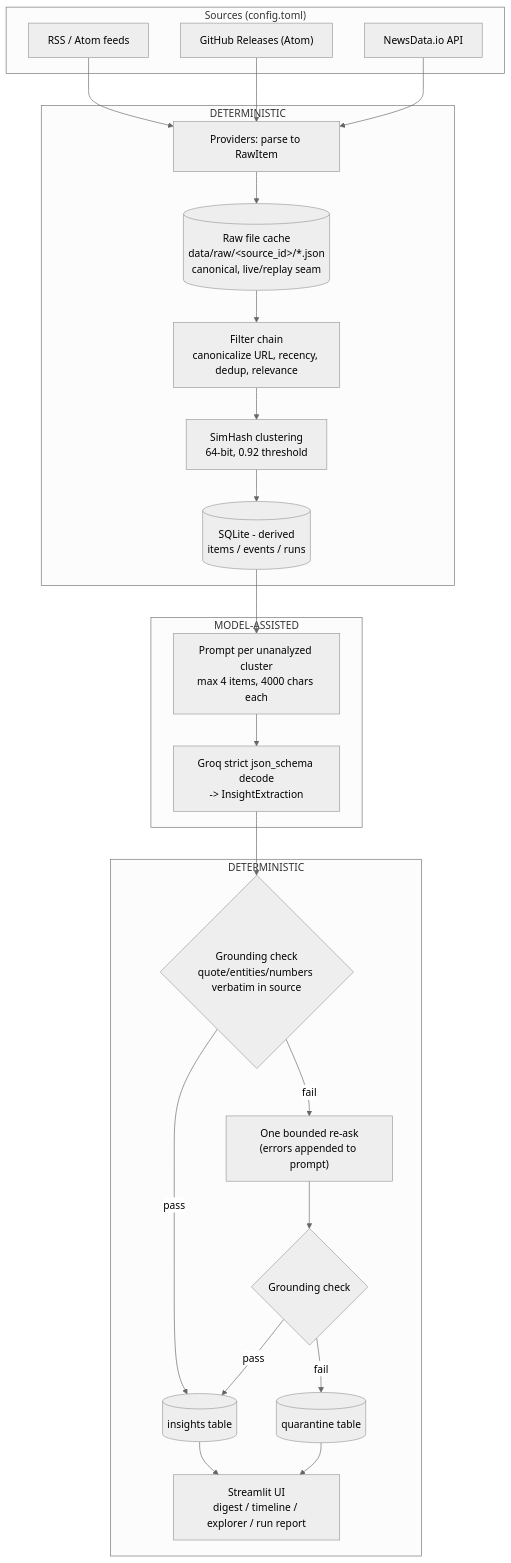
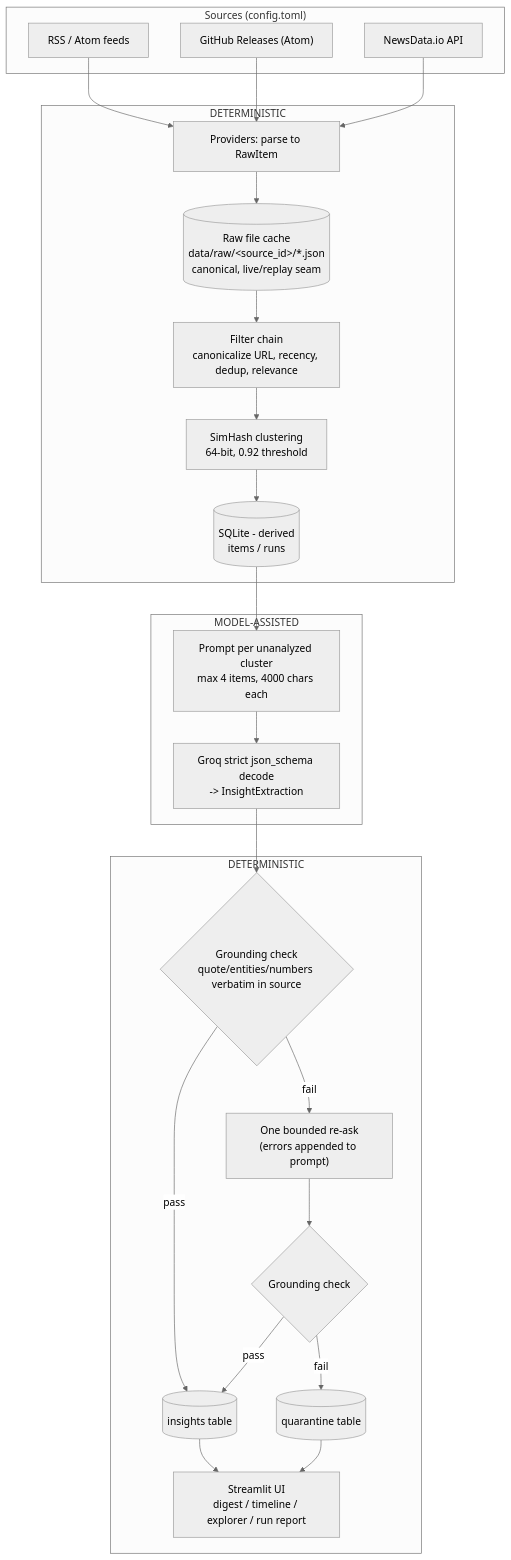
The diagram in ARCHITECTURE.md (RoyAbra27/ci-tool), drawn with Mermaid (neutral theme) before and after one commit. The commit also changed other lines of this file and 1 other file, not shown here.

First line of the commit message:
docs: end-to-end item walkthrough, theme glossary, single home for SimHash params

````diff
--- a/ARCHITECTURE.md
+++ b/ARCHITECTURE.md
@@ -10,34 +10,34 @@
 ```mermaid
 flowchart TD
     subgraph SRC["Sources (config.toml)"]
         RSS["RSS / Atom feeds"]
         GH["GitHub Releases (Atom)"]
         ND["NewsData.io API"]
     end
 
     subgraph D1["DETERMINISTIC"]
         RSS --> PROV["Providers: parse to RawItem"]
         GH --> PROV
         ND --> PROV
         PROV --> CACHE[("Raw file cache\ndata/raw/&lt;source_id&gt;/*.json\ncanonical, live/replay seam")]
         CACHE --> FILT["Filter chain\ncanonicalize URL, recency, dedup, relevance"]
         FILT --> SIM["SimHash clustering\n64-bit, 0.92 threshold"]
-        SIM --> DB[("SQLite - derived\nitems / events / runs")]
+        SIM --> DB[("SQLite - derived\nitems / runs")]
     end
 
     subgraph D2["MODEL-ASSISTED"]
         DB --> PROMPT["Prompt per unanalyzed cluster\nmax 4 items, 4000 chars each"]
         PROMPT --> LLM["Groq strict json_schema decode\n-> InsightExtraction"]
     end
 
     subgraph D3["DETERMINISTIC"]
         LLM --> G1{"Grounding check\nquote/entities/numbers verbatim in source"}
         G1 -- fail --> REASK["One bounded re-ask\n(errors appended to prompt)"]
         REASK --> G2{"Grounding check"}
         G1 -- pass --> INS[("insights table")]
         G2 -- pass --> INS
         G2 -- fail --> QUAR[("quarantine table")]
         INS --> UI["Streamlit UI\ndigest / timeline / explorer / run report"]
         QUAR --> UI
     end
 ```
````
